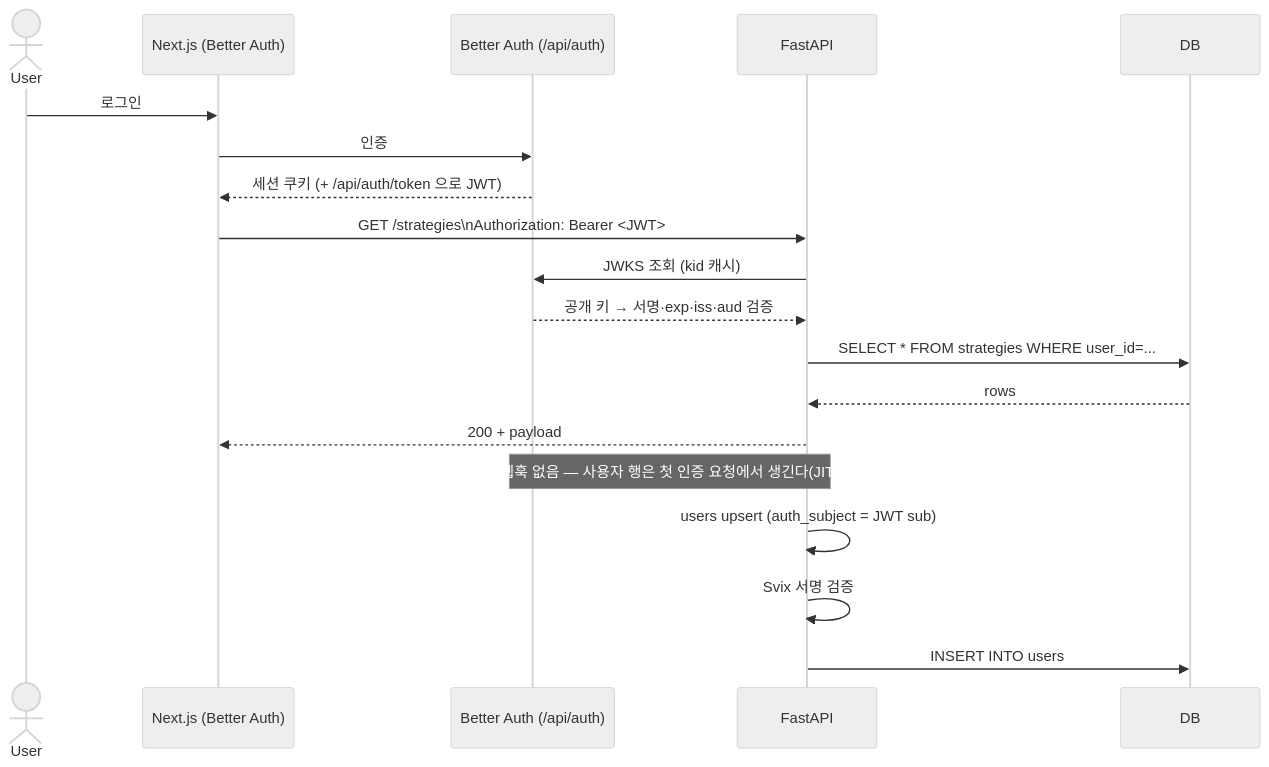
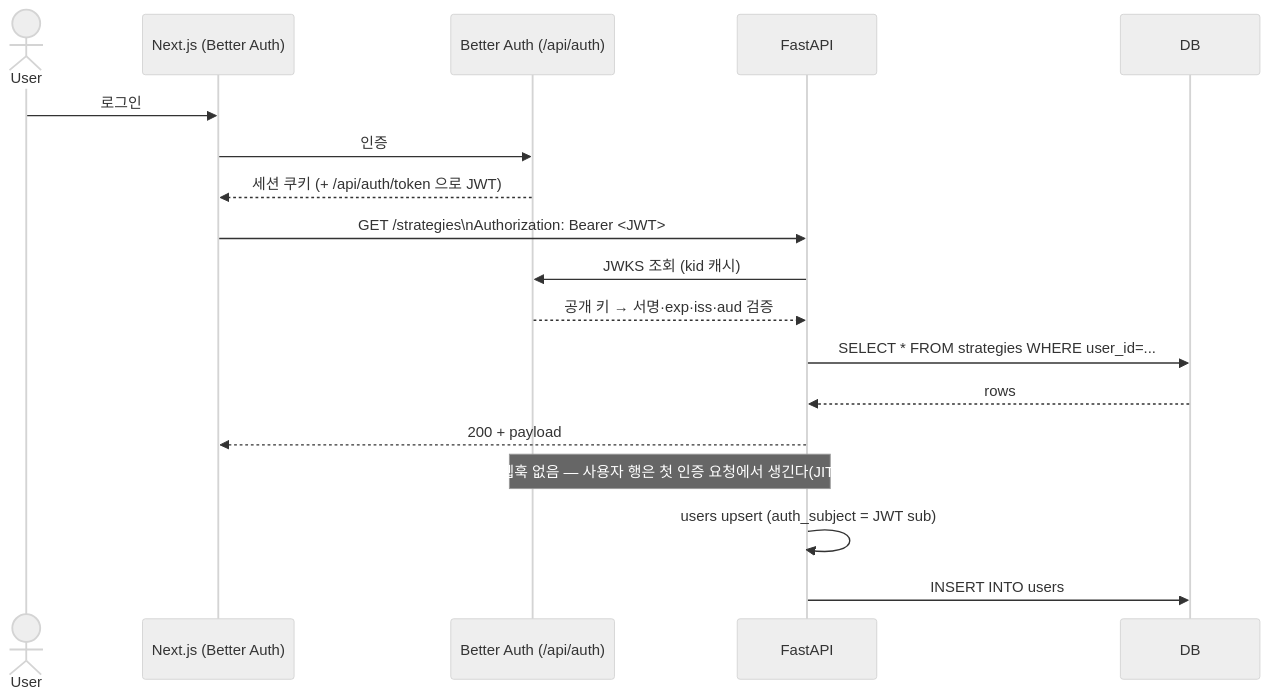
Before and after one commit to woosung-dev/quantbridge: the third of 7 diagrams in docs/architecture/system-architecture.md, drawn with Mermaid (neutral theme). The commit also changed other lines of this file and 167 other files, not shown here.

````diff
--- a/docs/architecture/system-architecture.md
+++ b/docs/architecture/system-architecture.md
@@ -93,23 +93,22 @@
 ```mermaid
 sequenceDiagram
     actor User
     participant FE as Next.js (Better Auth)
     participant Auth as Better Auth (/api/auth)
     participant API as FastAPI
     participant DB
 
     User->>FE: 로그인
     FE->>Auth: 인증
     Auth-->>FE: 세션 쿠키 (+ /api/auth/token 으로 JWT)
     FE->>API: GET /strategies\nAuthorization: Bearer <JWT>
     API->>Auth: JWKS 조회 (kid 캐시)
     Auth-->>API: 공개 키 → 서명·exp·iss·aud 검증
     API->>DB: SELECT * FROM strategies WHERE user_id=...
     DB-->>API: rows
     API-->>FE: 200 + payload
 
     Note over Auth,API: 웹훅 없음 — 사용자 행은 첫 인증 요청에서 생긴다(JIT)
     API->>API: users upsert (auth_subject = JWT sub)
-    API->>API: Svix 서명 검증
     API->>DB: INSERT INTO users
 ```
````
